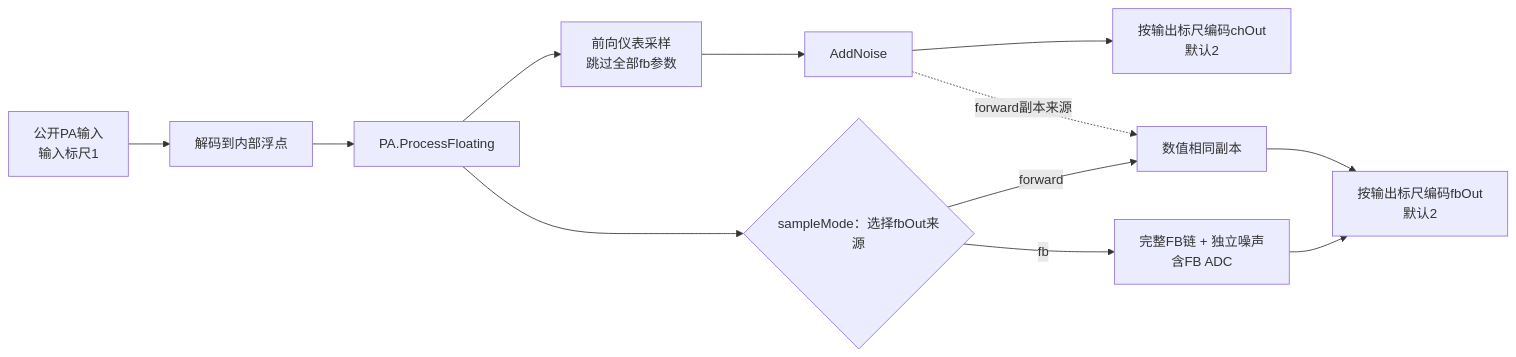
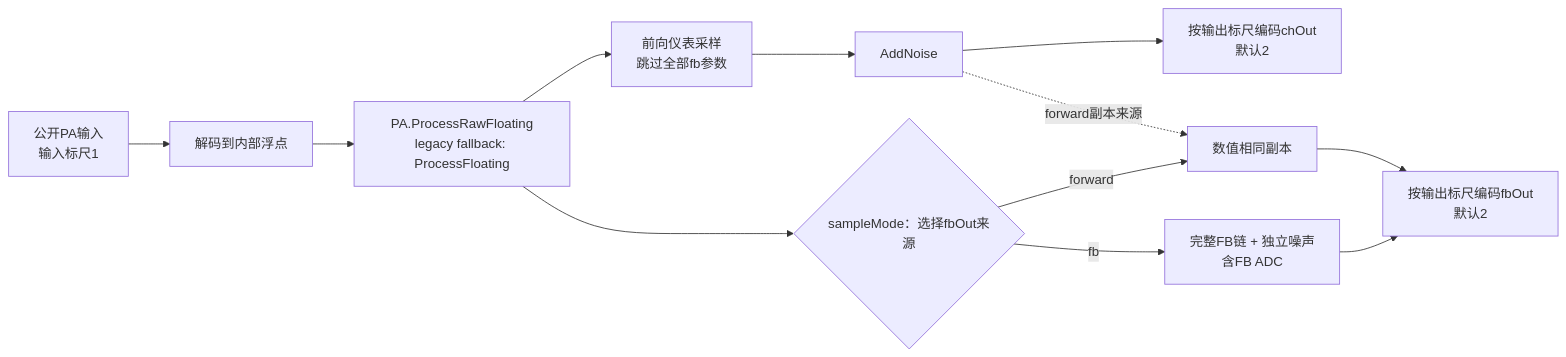
The seventh of 9 diagrams in doc/Channel.md (niyilu45/DPD_ILC), drawn with Mermaid before and after one commit. The commit also changed other lines of this file and 20 other files, not shown here.

````diff
--- a/doc/Channel.md
+++ b/doc/Channel.md
@@ -2189,14 +2189,14 @@
 ```mermaid
 flowchart LR
     publicInput["公开PA输入<br/>输入标尺1"] --> decode["解码到内部浮点"]
-    decode --> pa["PA.ProcessFloating"]
+    decode --> pa["PA.ProcessRawFloating<br/>legacy fallback: ProcessFloating"]
     pa --> forward["前向仪表采样<br/>跳过全部fb参数"]
     forward --> noise["AddNoise"]
     noise --> encodeCh["按输出标尺编码chOut<br/>默认2"]
     pa --> sampleMode{"sampleMode：选择fbOut来源"}
     sampleMode -->|forward| copy["数值相同副本"]
     sampleMode -->|fb| feedback["完整FB链 + 独立噪声<br/>含FB ADC"]
     noise -. "forward副本来源" .-> copy
     copy --> encodeFb["按输出标尺编码fbOut<br/>默认2"]
     feedback --> encodeFb
 ```
````
